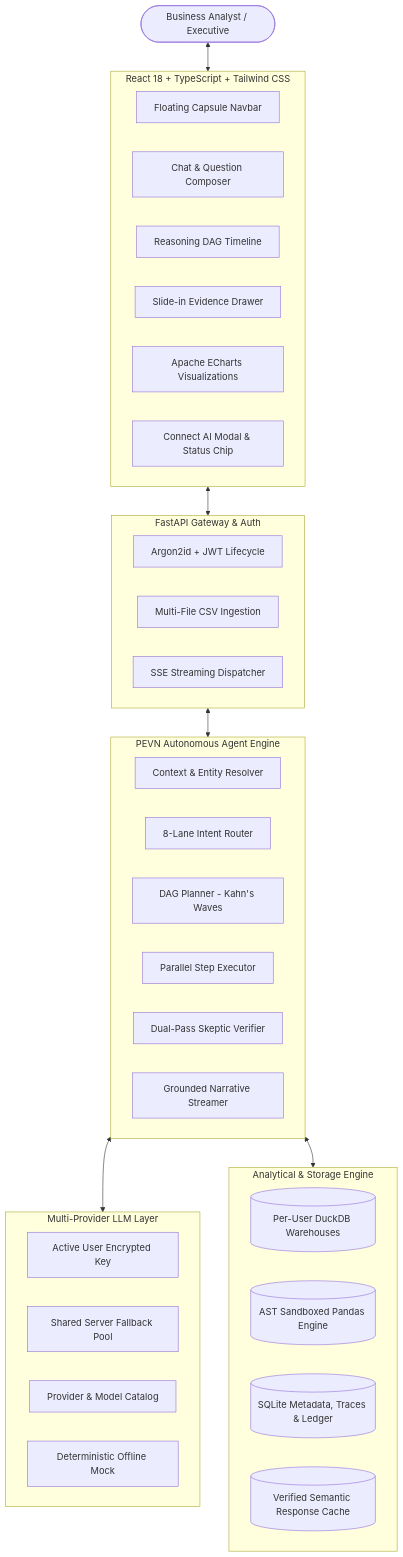
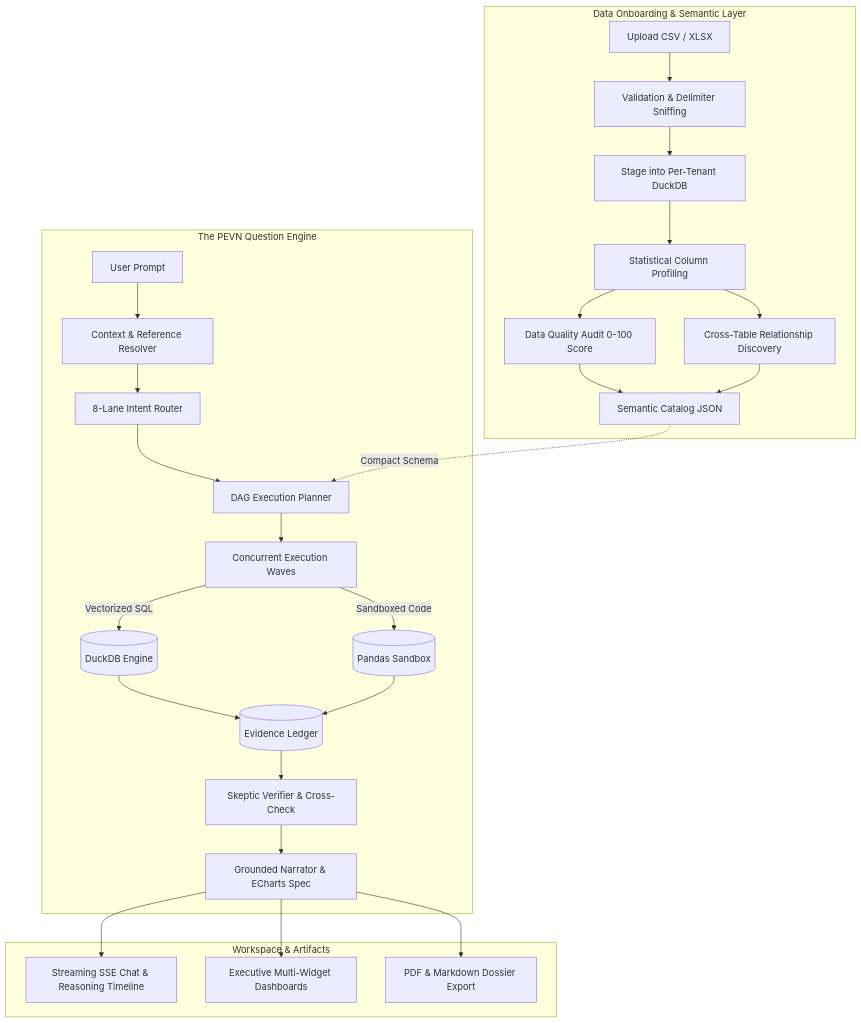
The first of 2 diagrams in README.md (vijaykasthurik/INTERN-DBO-SDE-VIJAY-KASTHURI), drawn with Mermaid before and after one commit. The commit also changed other lines of this file and 2 other files, not shown here.

````diff
--- a/README.md
+++ b/README.md
@@ -100,48 +46,31 @@
 ```mermaid
 flowchart TD
-    User([Business Analyst / Executive])
-    
-    subgraph Frontend [React 18 + TypeScript + Tailwind CSS]
-        Nav[Floating Capsule Navbar]
-        Chat[Chat & Question Composer]
-        Timeline[Reasoning DAG Timeline]
-        Evidence[Slide-in Evidence Drawer]
-        Charts[Apache ECharts Visualizations]
-        BYOKModal[Connect AI Modal & Status Chip]
+    subgraph DataOnboarding [Data Onboarding & Semantic Layer]
+        A[Upload CSV / XLSX] --> B[Validation & Delimiter Sniffing]
+        B --> C[Stage into Per-Tenant DuckDB]
+        C --> D[Statistical Column Profiling]
+        D --> E[Data Quality Audit 0-100 Score]
+        D --> F[Cross-Table Relationship Discovery]
+        E & F --> G[Semantic Catalog JSON]
     end
 
-    subgraph Gateway [FastAPI Gateway & Auth]
-        Auth[Argon2id + JWT Lifecycle]
-        Upload[Multi-File CSV Ingestion]
-        SSEStream[SSE Streaming Dispatcher]
+    subgraph PEVNPipeline [The PEVN Question Engine]
+        H[User Prompt] --> I[Context & Reference Resolver]
+        I --> J[8-Lane Intent Router]
+        J --> K[DAG Execution Planner]
+        K --> L[Concurrent Execution Waves]
+        L -->|Vectorized SQL| M[(DuckDB Engine)]
+        L -->|Sandboxed Code| N[(Pandas Sandbox)]
+        M & N --> O[(Evidence Ledger)]
+        O --> P[Skeptic Verifier & Cross-Check]
+        P --> Q[Grounded Narrator & ECharts Spec]
     end
 
-    subgraph Agent [PEVN Autonomous Agent Engine]
-        Context[Context & Entity Resolver]
-        Router[8-Lane Intent Router]
-        Planner[DAG Planner - Kahn's Waves]
-        Executor[Parallel Step Executor]
-        Verifier[Dual-Pass Skeptic Verifier]
-        Narrator[Grounded Narrative Streamer]
+    subgraph Presentation [Workspace & Artifacts]
+        Q --> R[Streaming SSE Chat & Reasoning Timeline]
+        Q --> S[Executive Multi-Widget Dashboards]
+        Q --> T[PDF & Markdown Dossier Export]
     end
 
-    subgraph LLMLayer [Multi-Provider LLM Layer]
-        BYOK[Active User Encrypted Key]
-        Pool[Shared Server Fallback Pool]
-        Catalog[Provider & Model Catalog]
-        Mock[Deterministic Offline Mock]
-    end
-
-    subgraph Storage [Analytical & Storage Engine]
-        DuckDB[(Per-User DuckDB Warehouses)]
-        Pandas[(AST Sandboxed Pandas Engine)]
-        SQLite[(SQLite Metadata, Traces & Ledger)]
-        Cache[(Verified Semantic Response Cache)]
-    end
-
-    User <--> Frontend
-    Frontend <--> Gateway
-    Gateway <--> Agent
-    Agent <--> LLMLayer
-    Agent <--> Storage
+    G -.->|Compact Schema| K
 ```
````
